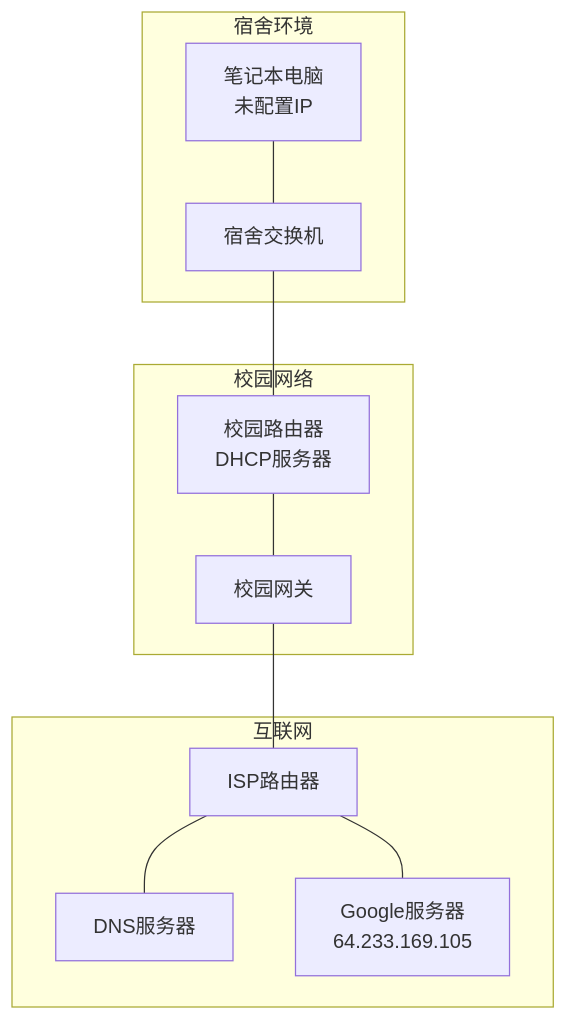
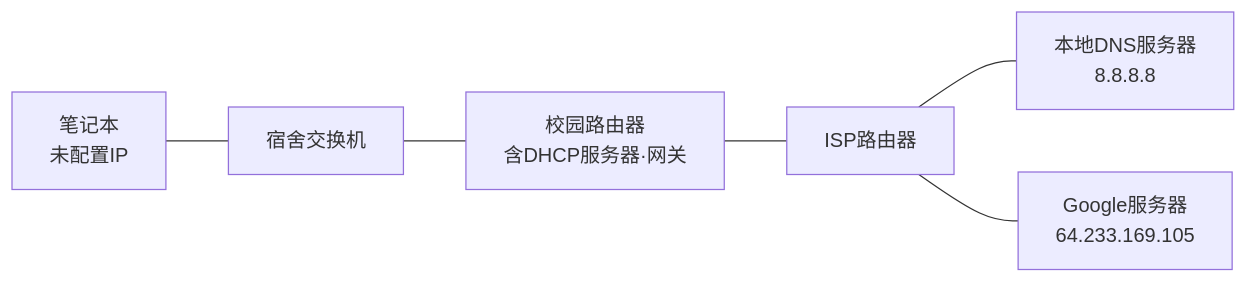
One commit to Dtheme/CS-base changed the first of 7 diagrams in 计算机网络/6.7链路层：Web请求历程.md. Above: the diagram before and after it, drawn with Mermaid. The commit also changed other lines of this file and 51 other files, not shown here.

````diff
--- a/计算机网络/6.7链路层：Web请求历程.md
+++ b/计算机网络/6.7链路层：Web请求历程.md
@@ -26,25 +21,8 @@
 ```mermaid
-graph TB
-    subgraph "宿舍环境"
-        Laptop["笔记本电脑<br/>未配置IP"]
-        Switch["宿舍交换机"]
-        Laptop --- Switch
-    end
-    
-    subgraph "校园网络"
-        Router["校园路由器<br/>DHCP服务器"]
-        Gateway["校园网关"]
-        Switch --- Router
-        Router --- Gateway
-    end
-    
-    subgraph "互联网"
-        ISP["ISP路由器"]
-        DNS_Server["DNS服务器"]
-        Web_Server["Google服务器<br/>64.233.169.105"]
-        
-        Gateway --- ISP
-        ISP --- DNS_Server
-        ISP --- Web_Server
-    end
+graph LR
+    Laptop["笔记本<br/>未配置IP"] --- Switch["宿舍交换机"]
+    Switch --- Router["校园路由器<br/>含DHCP服务器·网关"]
+    Router --- ISP["ISP路由器"]
+    ISP --- DNS["本地DNS服务器<br/>8.8.8.8"]
+    ISP --- Web["Google服务器<br/>64.233.169.105"]
 ```
````
